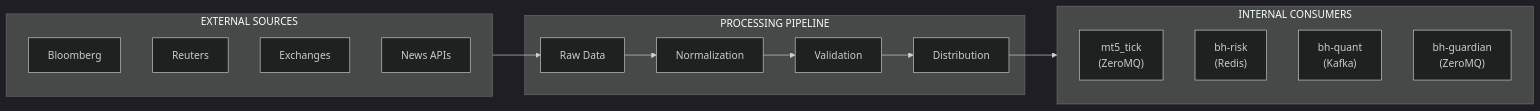
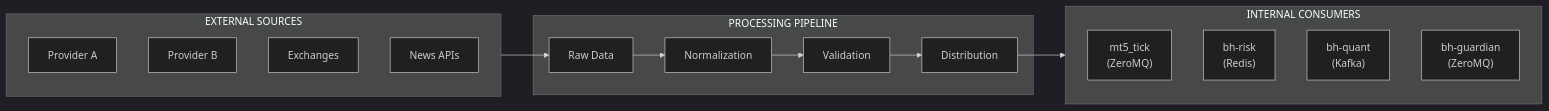
Before and after one commit to blackholefund/external_docs: the second of 4 diagrams in docs/connectors/overview.md, drawn with Mermaid (dark theme). The commit also changed other lines of this file and 14 other files, not shown here.

Commit message:
Hide provider names and fix mermaid identifiers

````diff
--- a/docs/connectors/overview.md
+++ b/docs/connectors/overview.md
@@ -185,29 +187,29 @@
 ```mermaid
 flowchart LR
     subgraph External["EXTERNAL SOURCES"]
-        Bloomberg["Bloomberg"]
-        Reuters["Reuters"]
+        ProviderA["Provider A"]
+        ProviderB["Provider B"]
         Exchanges["Exchanges"]
         NewsAPIs["News APIs"]
     end
 
     subgraph Processing["PROCESSING PIPELINE"]
         Raw["Raw Data"]
         Norm["Normalization"]
         Valid["Validation"]
         Dist["Distribution"]
     end
 
     subgraph Consumers["INTERNAL CONSUMERS"]
         MT5["mt5_tick\n(ZeroMQ)"]
         Risk["bh-risk\n(Redis)"]
         Quant["bh-quant\n(Kafka)"]
         Guardian["bh-guardian\n(ZeroMQ)"]
     end
 
     External --> Raw
     Raw --> Norm
     Norm --> Valid
     Valid --> Dist
     Dist --> Consumers
 ```
````
